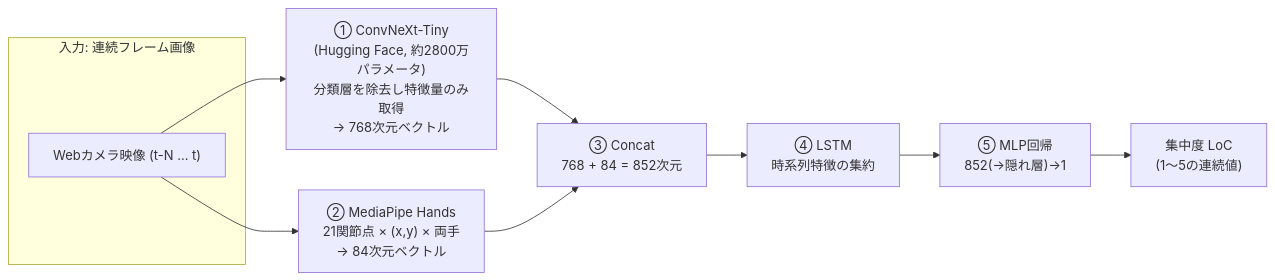
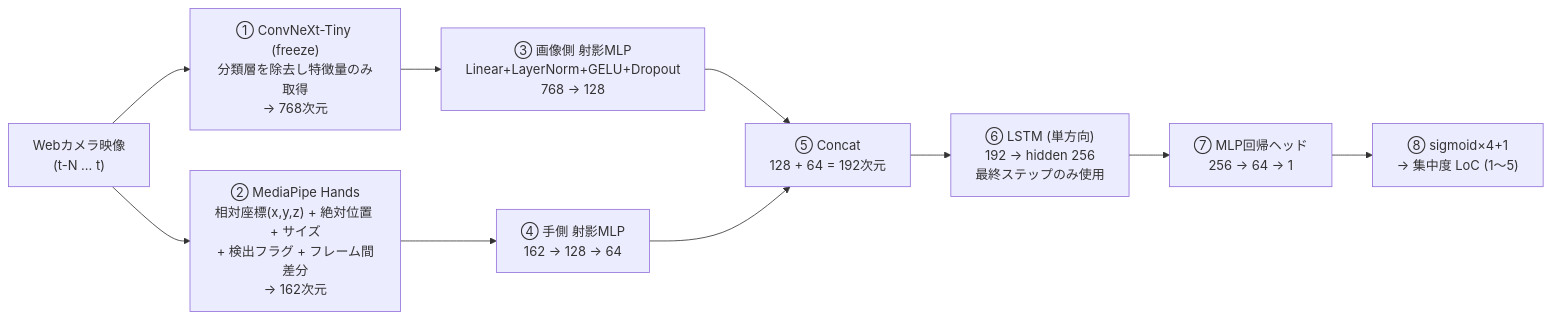
Before and after one commit to moriiwad326-lab/Online_study_room: the first of 2 diagrams in README.md, drawn with Mermaid. The commit also changed other lines of this file and 1 other file, not shown here.

First line of the commit message:
Document the LoC architecture and pipeline in the READMEs

````diff
--- a/README.md
+++ b/README.md
@@ -76,16 +84,17 @@
 ```mermaid
 flowchart LR
-    subgraph Input["入力: 連続フレーム画像"]
-        F["Webカメラ映像 (t-N ... t)"]
-    end
+    F["Webカメラ映像\n(t-N ... t)"]
 
-    F --> CN["① ConvNeXt-Tiny\n(Hugging Face, 約2800万パラメータ)\n分類層を除去し特徴量のみ取得\n→ 768次元ベクトル"]
-    F --> MP["② MediaPipe Hands\n21関節点 × (x,y) × 両手\n→ 84次元ベクトル"]
+    F --> CN["① ConvNeXt-Tiny (freeze)\n分類層を除去し特徴量のみ取得\n→ 768次元"]
+    F --> MP["② MediaPipe Hands\n相対座標(x,y,z) + 絶対位置 + サイズ\n+ 検出フラグ + フレーム間差分\n→ 162次元"]
 
-    CN --> CAT["③ Concat\n768 + 84 = 852次元"]
-    MP --> CAT
+    CN --> PI["③ 画像側 射影MLP\nLinear+LayerNorm+GELU+Dropout\n768 → 128"]
+    MP --> PH["④ 手側 射影MLP\n162 → 128 → 64"]
 
-    CAT --> LSTM["④ LSTM\n時系列特徴の集約"]
-    LSTM --> MLP["⑤ MLP回帰\n852(→隠れ層)→1"]
-    MLP --> OUT["集中度 LoC\n(1〜5の連続値)"]
+    PI --> CAT["⑤ Concat\n128 + 64 = 192次元"]
+    PH --> CAT
+
+    CAT --> LSTM["⑥ LSTM (単方向)\n192 → hidden 256\n最終ステップのみ使用"]
+    LSTM --> HEAD["⑦ MLP回帰ヘッド\n256 → 64 → 1"]
+    HEAD --> OUT["⑧ sigmoid×4+1\n→ 集中度 LoC (1〜5)"]
 ```
````
